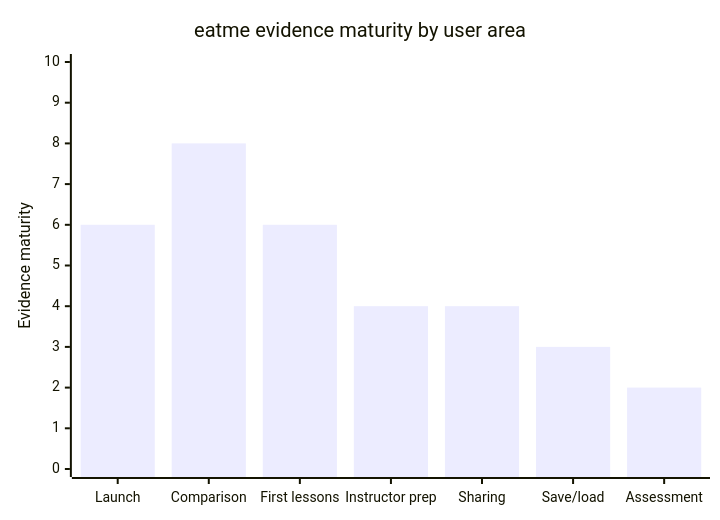
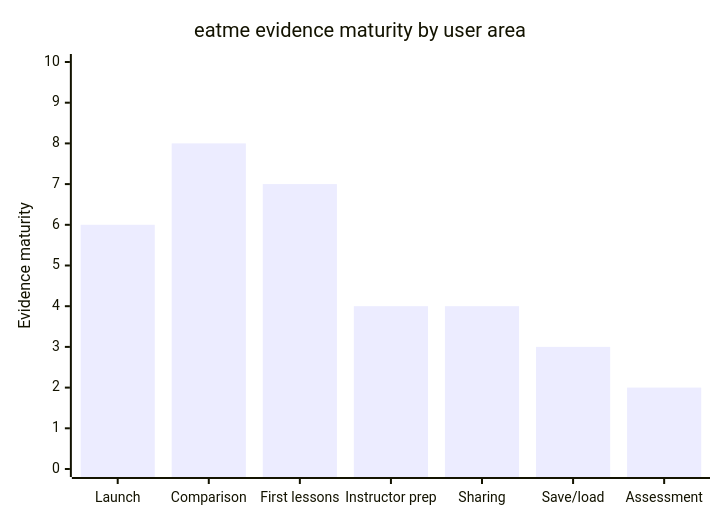
The fourth of 6 diagrams in README.md (rysweet/drinkme), drawn with Mermaid before and after one commit. The commit also changed other lines of this file, not shown here.

````diff
--- a/README.md
+++ b/README.md
@@ -88,7 +88,7 @@
 ```mermaid
 xychart-beta
   title "eatme evidence maturity by user area"
   x-axis ["Launch", "Comparison", "First lessons", "Instructor prep", "Sharing", "Save/load", "Assessment"]
   y-axis "Evidence maturity" 0 --> 10
-  bar [6, 8, 6, 4, 4, 3, 2]
+  bar [6, 8, 7, 4, 4, 3, 2]
 ```
````
